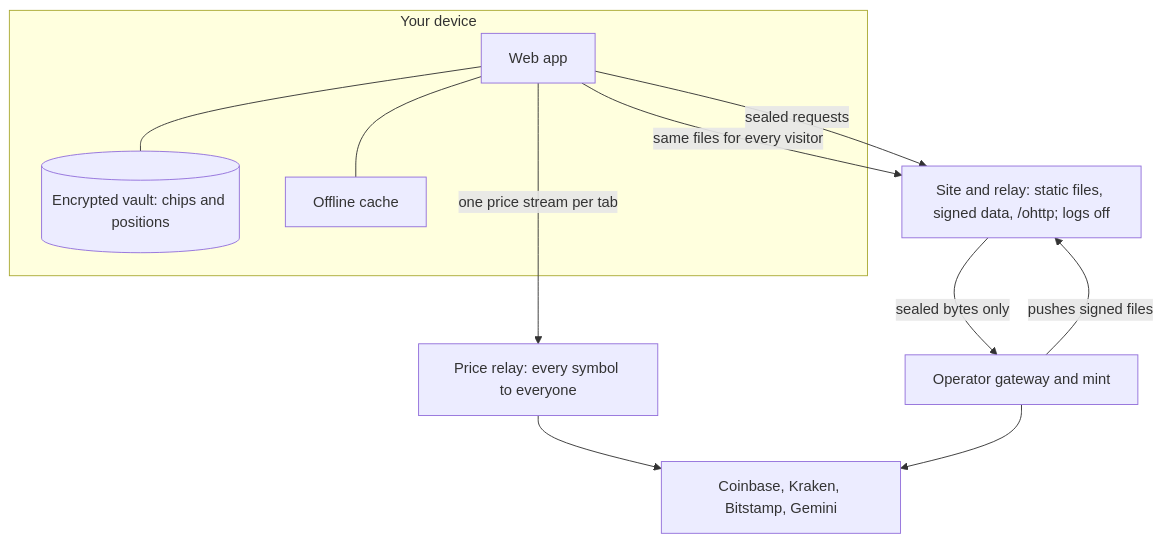
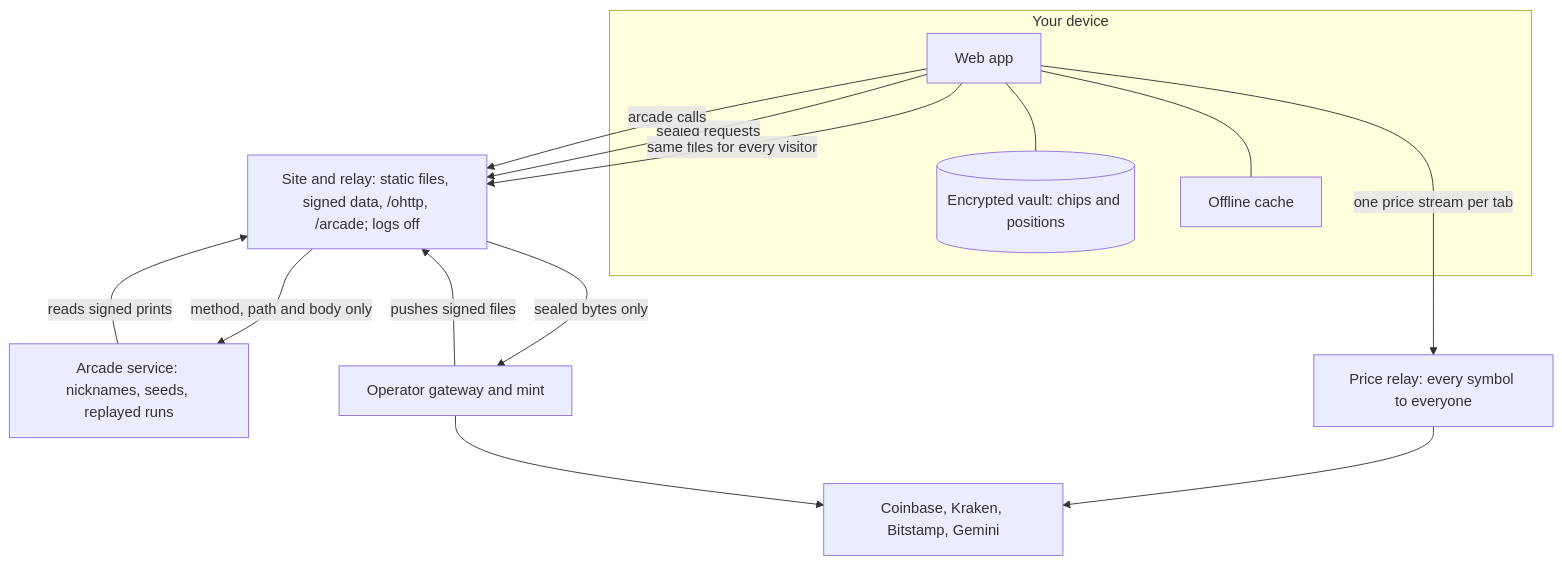
The third of 4 diagrams in apps/docs/content/docs/system-maps.mdx (Blockchain-Oracle/kakure), drawn with Mermaid before and after one commit. The commit also changed other lines of this file and 130 other files, not shown here.

````diff
--- a/apps/docs/content/docs/system-maps.mdx
+++ b/apps/docs/content/docs/system-maps.mdx
@@ -50,21 +50,25 @@
 ```mermaid
 flowchart TB
   subgraph device[Your device]
     app[Web app]
     vault[(Encrypted vault: chips and positions)]
     sw[Offline cache]
   end
-  worker[Site and relay: static files, signed data, /ohttp; logs off]
+  worker[Site and relay: static files, signed data, /ohttp, /arcade; logs off]
+  arcade[Arcade service: nicknames, seeds, replayed runs]
   prices[Price relay: every symbol to everyone]
   op[Operator gateway and mint]
   ex[Coinbase, Kraken, Bitstamp, Gemini]
   op -- pushes signed files --> worker
   app -- same files for every visitor --> worker
   app -- sealed requests --> worker
   worker -- sealed bytes only --> op
+  app -- arcade calls --> worker
+  worker -- method, path and body only --> arcade
+  arcade -- reads signed prints --> worker
   app -- one price stream per tab --> prices
   prices --> ex
   op --> ex
   app --- vault
   app --- sw
 ```
````
